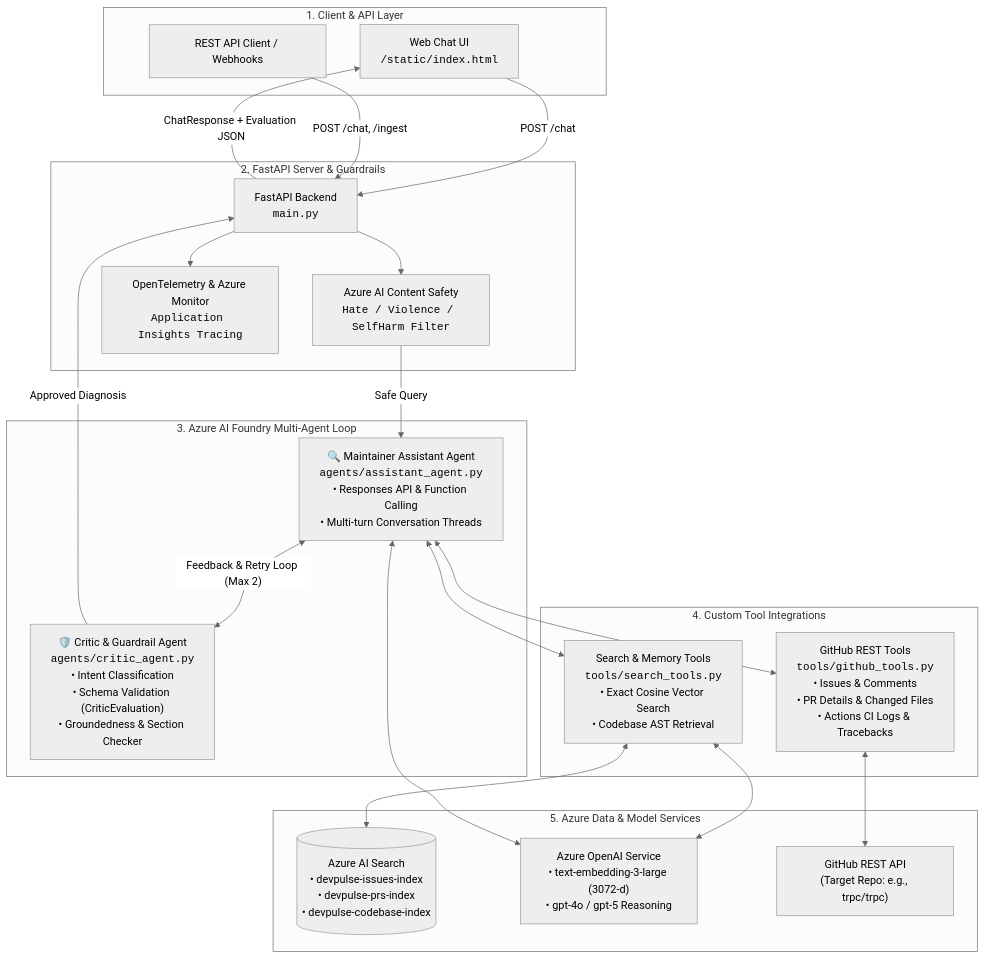
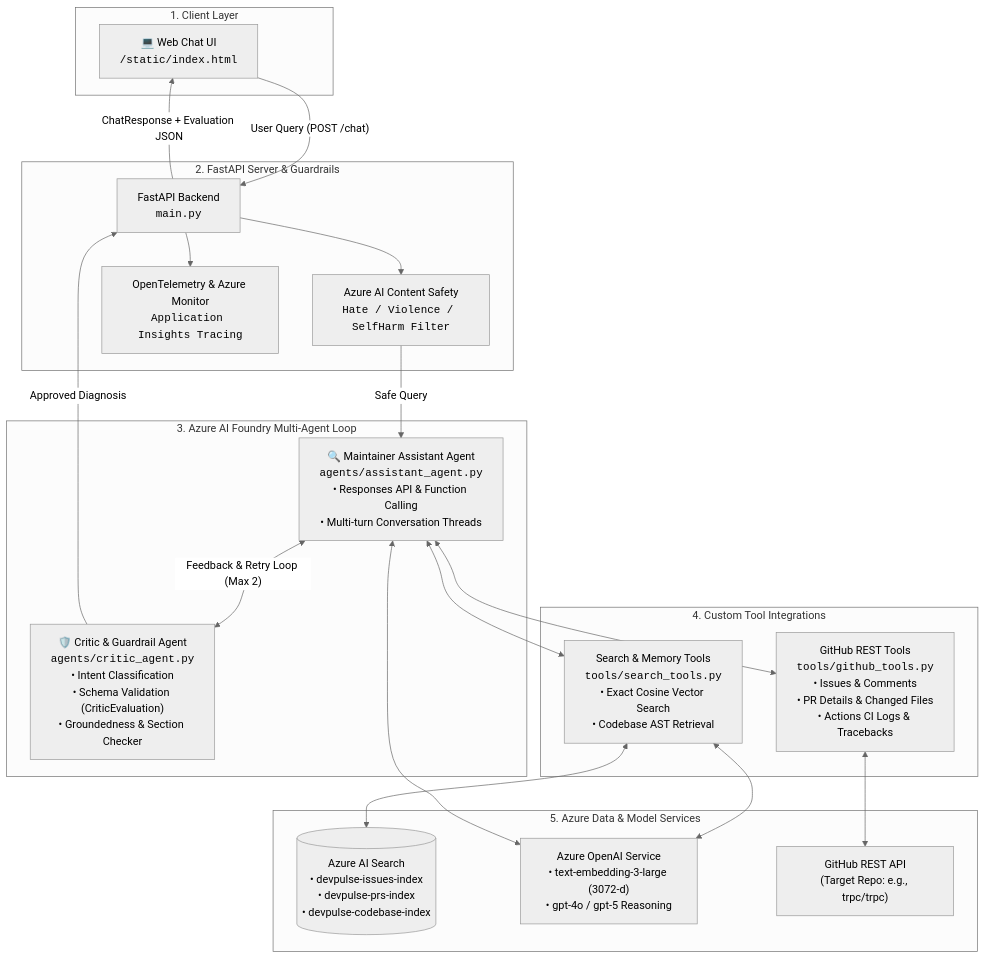
One commit to Saifali111/AI-Repo-Intelligence-Agent-Azure changed the diagram in README.md. Above: the diagram before and after it, drawn with Mermaid (neutral theme).

Commit message:
docs: simplify architecture diagram client layer

````diff
--- a/README.md
+++ b/README.md
@@ -25,44 +25,42 @@
 ```mermaid
 flowchart TD
-    subgraph ClientLayer ["1. Client & API Layer"]
-        WebUI["Web Chat UI<br/><code>/static/index.html</code>"]
-        APIClient["REST API Client / Webhooks"]
+    subgraph ClientLayer ["1. Client Layer"]
+        WebUI["💻 Web Chat UI<br/><code>/static/index.html</code>"]
     end
 
     subgraph ServerLayer ["2. FastAPI Server & Guardrails"]
         FastAPI["FastAPI Backend<br/><code>main.py</code>"]
         CS["Azure AI Content Safety<br/><code>Hate / Violence / SelfHarm Filter</code>"]
         OTel["OpenTelemetry & Azure Monitor<br/><code>Application Insights Tracing</code>"]
     end
 
     subgraph AgentLayer ["3. Azure AI Foundry Multi-Agent Loop"]
         Assistant["🔍 Maintainer Assistant Agent<br/><code>agents/assistant_agent.py</code><br/>• Responses API & Function Calling<br/>• Multi-turn Conversation Threads"]
         Critic["🛡️ Critic & Guardrail Agent<br/><code>agents/critic_agent.py</code><br/>• Intent Classification<br/>• Schema Validation (CriticEvaluation)<br/>• Groundedness & Section Checker"]
         Assistant <-->|"Feedback & Retry Loop (Max 2)"| Critic
     end
 
     subgraph ToolLayer ["4. Custom Tool Integrations"]
         GHTools["GitHub REST Tools<br/><code>tools/github_tools.py</code><br/>• Issues & Comments<br/>• PR Details & Changed Files<br/>• Actions CI Logs & Tracebacks"]
         SearchTools["Search & Memory Tools<br/><code>tools/search_tools.py</code><br/>• Exact Cosine Vector Search<br/>• Codebase AST Retrieval"]
     end
 
     subgraph DataLayer ["5. Azure Data & Model Services"]
         AISearch[("Azure AI Search<br/>• devpulse-issues-index<br/>• devpulse-prs-index<br/>• devpulse-codebase-index")]
         AOAI["Azure OpenAI Service<br/>• text-embedding-3-large (3072-d)<br/>• gpt-4o / gpt-5 Reasoning"]
         GHAPI["GitHub REST API<br/>(Target Repo: e.g., trpc/trpc)"]
     end
 
-    WebUI -->|"POST /chat"| FastAPI
-    APIClient -->|"POST /chat, /ingest"| FastAPI
+    WebUI -->|"User Query (POST /chat)"| FastAPI
     FastAPI --> OTel
     FastAPI --> CS
     CS -->|"Safe Query"| Assistant
     Assistant <--> GHTools
     Assistant <--> SearchTools
     GHTools <--> GHAPI
     SearchTools <--> AISearch
     SearchTools <--> AOAI
     Assistant <--> AOAI
     Critic -->|"Approved Diagnosis"| FastAPI
     FastAPI -->|"ChatResponse + Evaluation JSON"| WebUI
 ```
````
